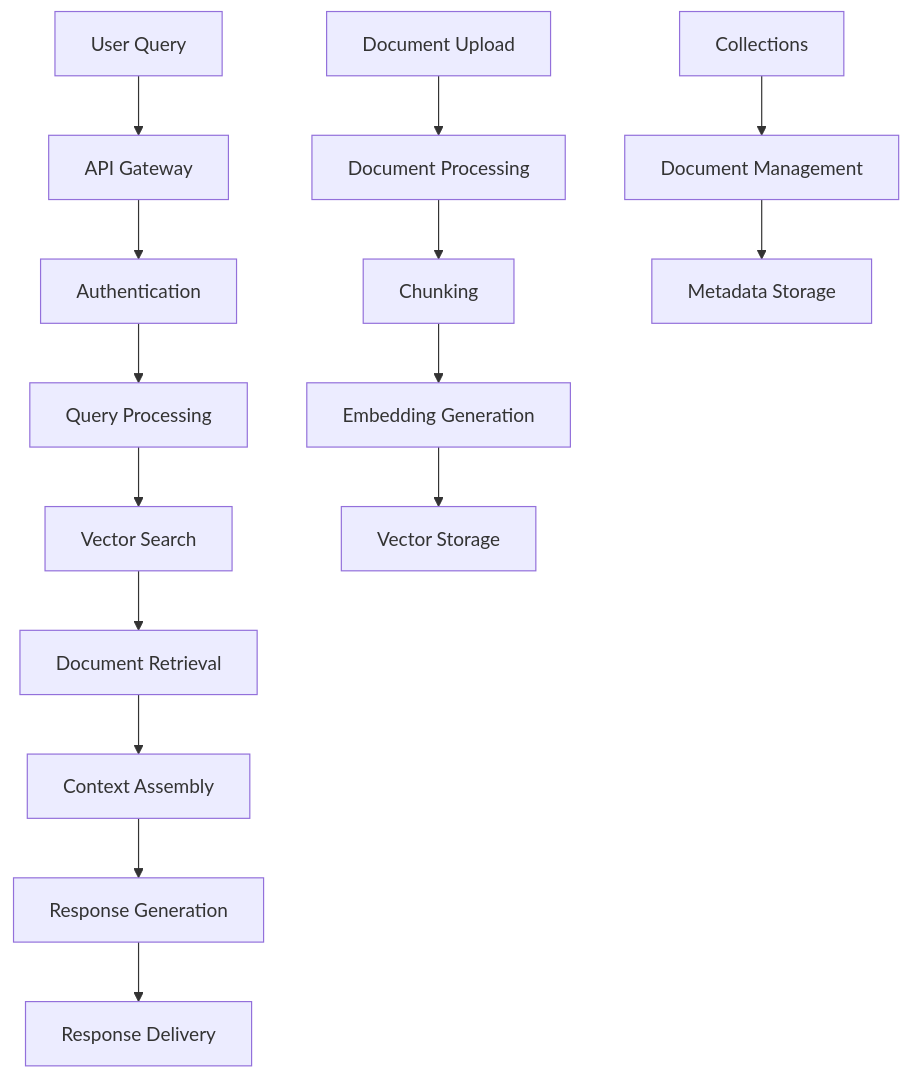
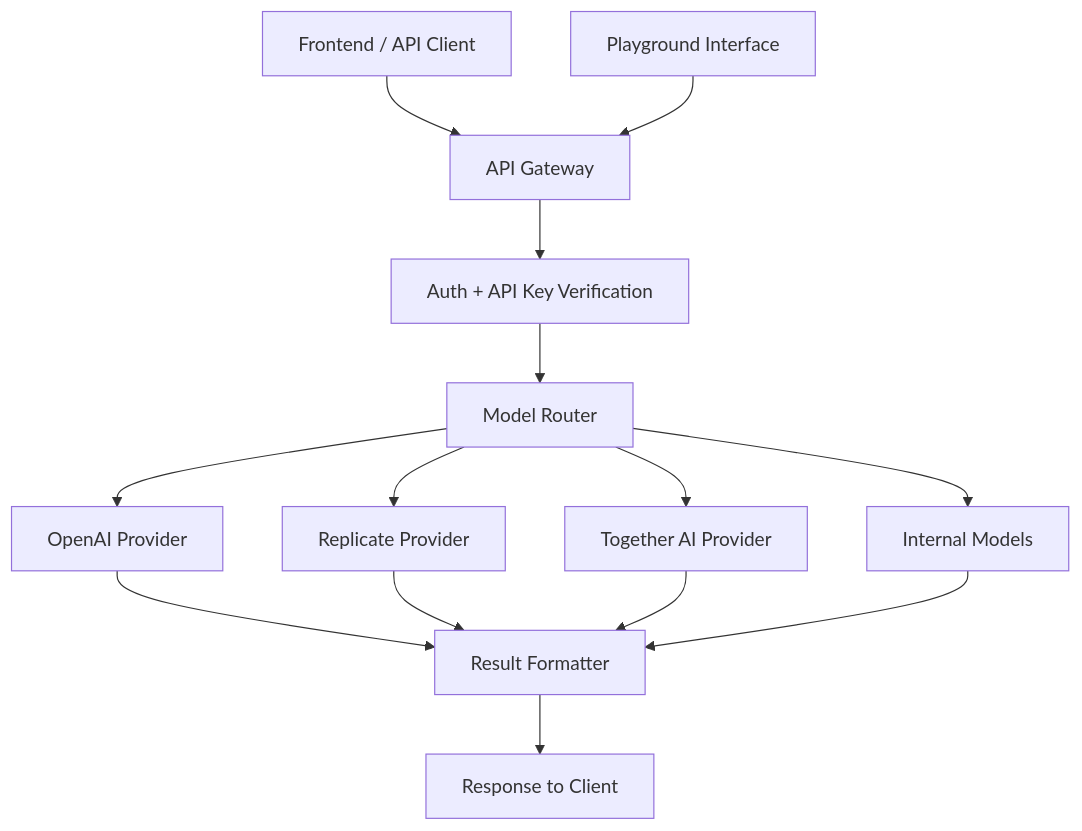
The diagram in essentials/Overview.mdx (shivam-allcognix/docs), drawn with Mermaid before and after one commit. The commit also changed other lines of this file, not shown here.

Commit message:
Documentation edits made through Mintlify web editor

````diff
--- a/essentials/Overview.mdx
+++ b/essentials/Overview.mdx
@@ -148,19 +148,19 @@
 ```mermaid  theme={null}
 graph TB
-    A[User Query] --> B[API Gateway]
-    B --> C[Authentication]
-    C --> D[Query Processing]
-    D --> E[Vector Search]
-    E --> F[Document Retrieval]
-    F --> G[Context Assembly]
-    G --> H[Response Generation]
-    H --> I[Response Delivery]
-    
-    J[Document Upload] --> K[Document Processing]
-    K --> L[Chunking]
-    L --> M[Embedding Generation]
-    M --> N[Vector Storage]
-    
-    O[Collections] --> P[Document Management]
-    P --> Q[Metadata Storage]
+    A[Frontend / API Client] --> B[API Gateway]
+    B --> C[Auth + API Key Verification]
+    C --> D[Model Router]
+    D --> E[OpenAI Provider]
+    D --> F[Replicate Provider]
+    D --> G[Together AI Provider]
+    D --> H[Internal Models]
+
+    E --> I[Result Formatter]
+    F --> I
+    G --> I
+    H --> I
+
+    I --> J[Response to Client]
+
+    K[Playground Interface] --> B
 ```
````
